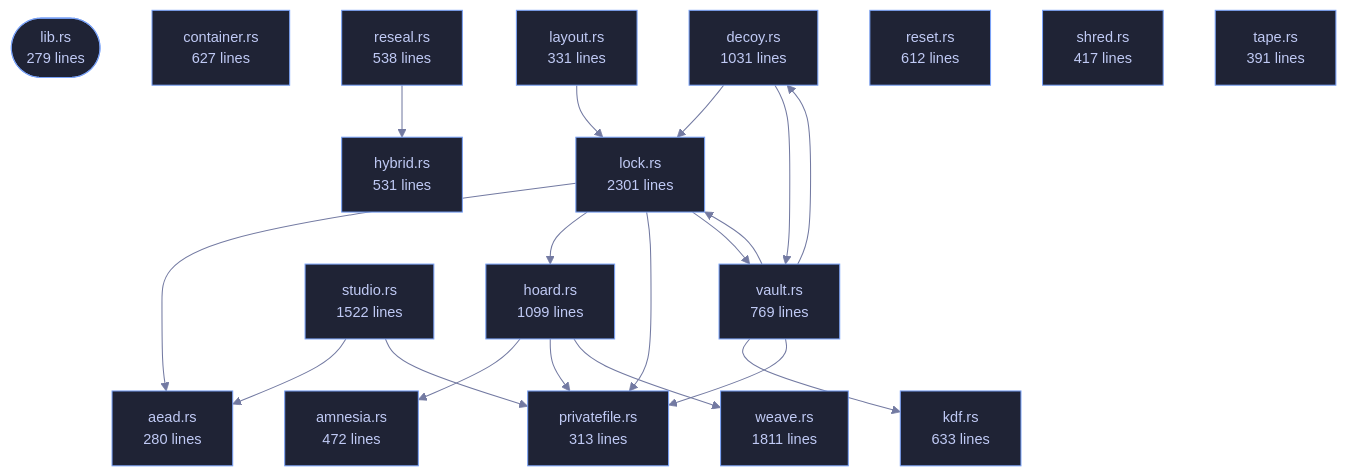
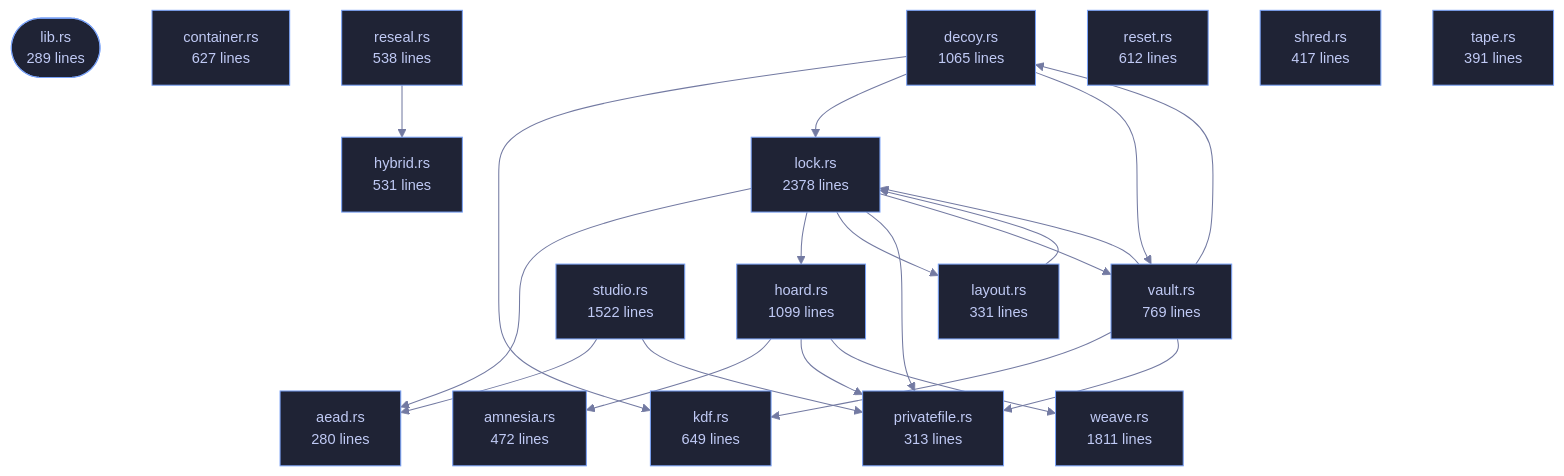
Before and after one commit to tilas01/veilvoice: the diagram in crates/veilvoice-crypto/README.md, drawn with Mermaid. The commit also changed other lines of this file and 61 other files, not shown here.

````diff
--- a/crates/veilvoice-crypto/README.md
+++ b/crates/veilvoice-crypto/README.md
@@ -108,57 +108,59 @@
 ```mermaid
 %%{init: {"theme":"base","themeVariables":{"background":"#1a1b26","primaryColor":"#1f2335","primaryTextColor":"#c0caf5","primaryBorderColor":"#7aa2f7","secondaryColor":"#16161e","tertiaryColor":"#16161e","lineColor":"#737aa2","textColor":"#c0caf5","mainBkg":"#1f2335","nodeBorder":"#7aa2f7","clusterBkg":"#16161e","clusterBorder":"#2f3549","fontFamily":"ui-monospace, SFMono-Regular, Consolas, monospace","fontSize":"14px"}}}%%
 flowchart TD
-    n_lib(["lib.rs<br/>279 lines"])
+    n_lib(["lib.rs<br/>289 lines"])
     n_aead["aead.rs<br/>280 lines"]
     n_amnesia["amnesia.rs<br/>472 lines"]
     n_container["container.rs<br/>627 lines"]
-    n_decoy["decoy.rs<br/>1031 lines"]
+    n_decoy["decoy.rs<br/>1065 lines"]
     n_hoard["hoard.rs<br/>1099 lines"]
     n_hybrid["hybrid.rs<br/>531 lines"]
-    n_kdf["kdf.rs<br/>633 lines"]
+    n_kdf["kdf.rs<br/>649 lines"]
     n_layout["layout.rs<br/>331 lines"]
-    n_lock["lock.rs<br/>2301 lines"]
+    n_lock["lock.rs<br/>2378 lines"]
     n_privatefile["privatefile.rs<br/>313 lines"]
     n_reseal["reseal.rs<br/>538 lines"]
     n_reset["reset.rs<br/>612 lines"]
     n_shred["shred.rs<br/>417 lines"]
     n_studio["studio.rs<br/>1522 lines"]
     n_tape["tape.rs<br/>391 lines"]
     n_vault["vault.rs<br/>769 lines"]
     n_weave["weave.rs<br/>1811 lines"]
+    n_decoy --> n_kdf
     n_decoy --> n_lock
     n_decoy --> n_vault
     n_hoard --> n_amnesia
     n_hoard --> n_privatefile
     n_hoard --> n_weave
     n_layout --> n_lock
     n_lock --> n_aead
     n_lock --> n_hoard
+    n_lock --> n_layout
     n_lock --> n_privatefile
     n_lock --> n_vault
     n_reseal --> n_hybrid
     n_studio --> n_aead
     n_studio --> n_privatefile
     n_vault --> n_decoy
     n_vault --> n_kdf
     n_vault --> n_lock
     n_vault --> n_privatefile
     click n_lib href "https://github.com/tilas01/veilvoice/blob/main/crates/veilvoice-crypto/src/lib.rs" "open the source"
     click n_aead href "https://github.com/tilas01/veilvoice/blob/main/crates/veilvoice-crypto/src/aead.rs" "open the source"
     click n_amnesia href "https://github.com/tilas01/veilvoice/blob/main/crates/veilvoice-crypto/src/amnesia.rs" "open the source"
     click n_container href "https://github.com/tilas01/veilvoice/blob/main/crates/veilvoice-crypto/src/container.rs" "open the source"
     click n_decoy href "https://github.com/tilas01/veilvoice/blob/main/crates/veilvoice-crypto/src/decoy.rs" "open the source"
     click n_hoard href "https://github.com/tilas01/veilvoice/blob/main/crates/veilvoice-crypto/src/hoard.rs" "open the source"
     click n_hybrid href "https://github.com/tilas01/veilvoice/blob/main/crates/veilvoice-crypto/src/hybrid.rs" "open the source"
     click n_kdf href "https://github.com/tilas01/veilvoice/blob/main/crates/veilvoice-crypto/src/kdf.rs" "open the source"
     click n_layout href "https://github.com/tilas01/veilvoice/blob/main/crates/veilvoice-crypto/src/layout.rs" "open the source"
     click n_lock href "https://github.com/tilas01/veilvoice/blob/main/crates/veilvoice-crypto/src/lock.rs" "open the source"
     click n_privatefile href "https://github.com/tilas01/veilvoice/blob/main/crates/veilvoice-crypto/src/privatefile.rs" "open the source"
     click n_reseal href "https://github.com/tilas01/veilvoice/blob/main/crates/veilvoice-crypto/src/reseal.rs" "open the source"
     click n_reset href "https://github.com/tilas01/veilvoice/blob/main/crates/veilvoice-crypto/src/reset.rs" "open the source"
     click n_shred href "https://github.com/tilas01/veilvoice/blob/main/crates/veilvoice-crypto/src/shred.rs" "open the source"
     click n_studio href "https://github.com/tilas01/veilvoice/blob/main/crates/veilvoice-crypto/src/studio.rs" "open the source"
     click n_tape href "https://github.com/tilas01/veilvoice/blob/main/crates/veilvoice-crypto/src/tape.rs" "open the source"
     click n_vault href "https://github.com/tilas01/veilvoice/blob/main/crates/veilvoice-crypto/src/vault.rs" "open the source"
     click n_weave href "https://github.com/tilas01/veilvoice/blob/main/crates/veilvoice-crypto/src/weave.rs" "open the source"
 ```
````
